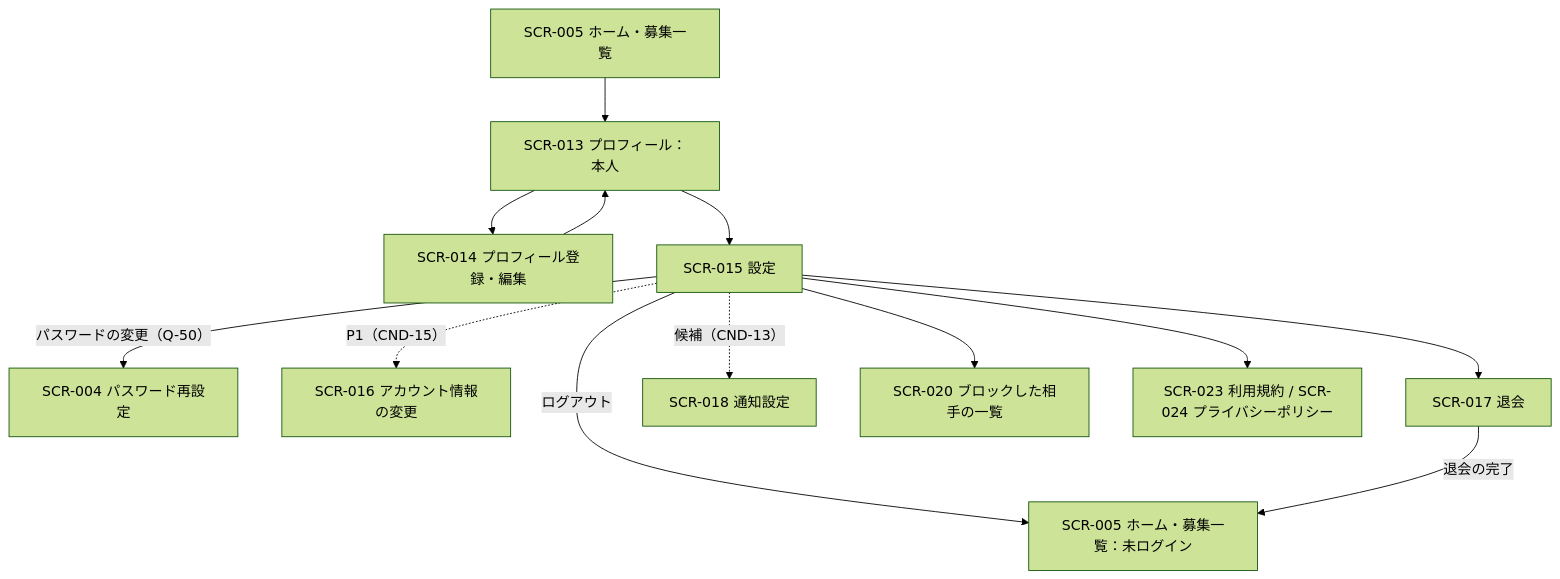
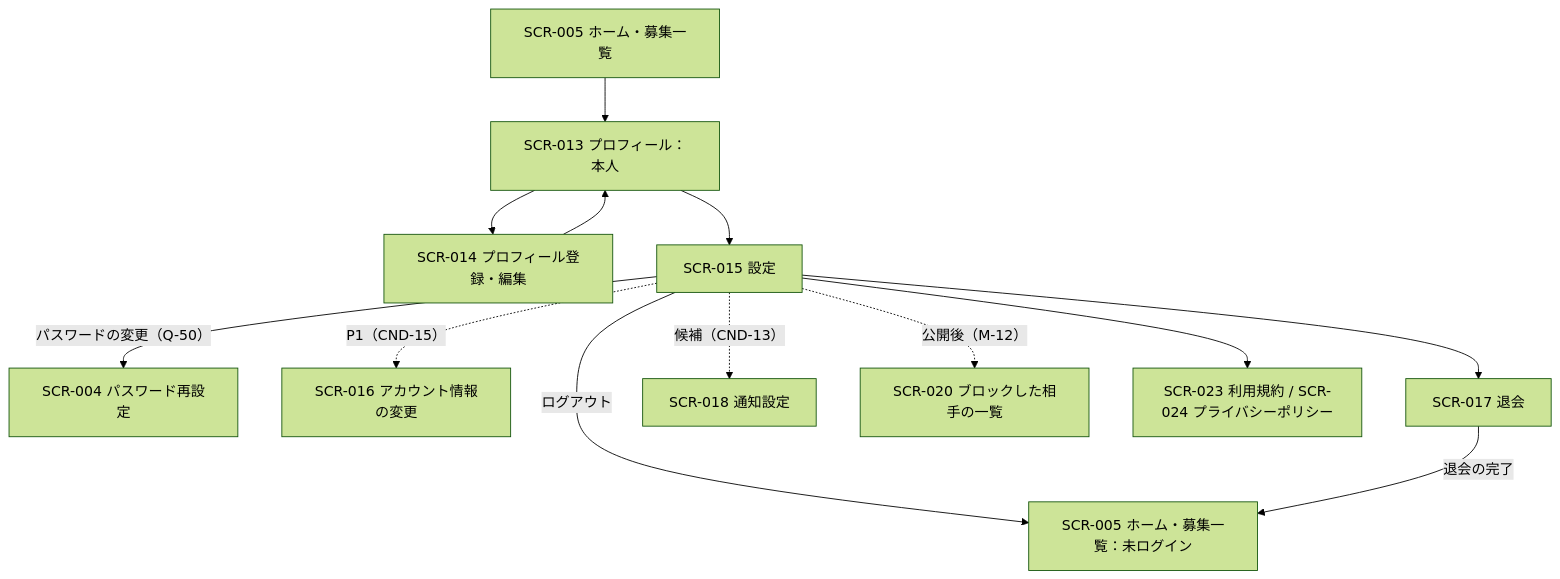
One commit to sysnovastudio-byte/nagoya-volleyball-matching changed the fifth of 9 diagrams in docs/10_画面一覧.md. Above: the diagram before and after it, drawn with Mermaid (forest theme). The commit also changed other lines of this file and 2 other files, not shown here.

````diff
--- a/docs/10_画面一覧.md
+++ b/docs/10_画面一覧.md
@@ -344,15 +345,15 @@
 ```mermaid
 flowchart TD
     E0["SCR-005 ホーム・募集一覧"] --> E1["SCR-013 プロフィール：本人"]
     E1 --> E2["SCR-014 プロフィール登録・編集"]
     E2 --> E1
     E1 --> E3["SCR-015 設定"]
     E3 -->|"ログアウト"| E4["SCR-005 ホーム・募集一覧：未ログイン"]
     E3 -->|"パスワードの変更（Q-50）"| E10["SCR-004 パスワード再設定"]
     E3 -.->|"P1（CND-15）"| E5["SCR-016 アカウント情報の変更"]
     E3 --> E6["SCR-017 退会"]
     E3 -.->|"候補（CND-13）"| E7["SCR-018 通知設定"]
-    E3 --> E8["SCR-020 ブロックした相手の一覧"]
+    E3 -.->|"公開後（M-12）"| E8["SCR-020 ブロックした相手の一覧"]
     E3 --> E9["SCR-023 利用規約 / SCR-024 プライバシーポリシー"]
     E6 -->|"退会の完了"| E4
 ```
````
